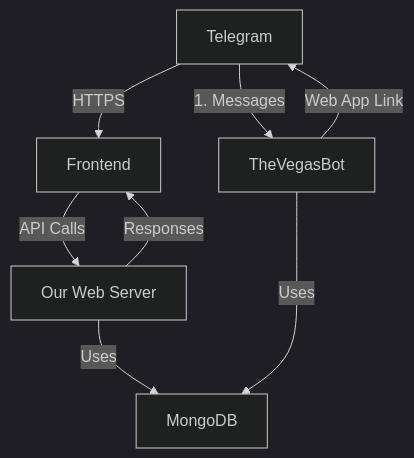
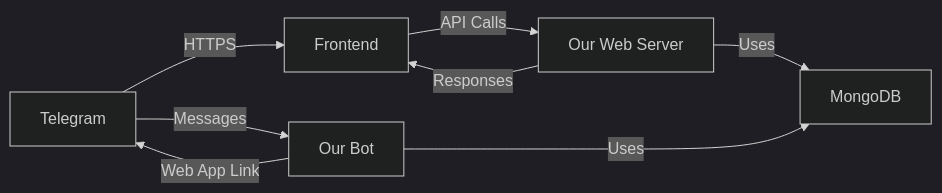
The diagram in README.md (Fardenz/telegram-mini-app), drawn with Mermaid (dark theme) before and after one commit.

````diff
--- a/README.md
+++ b/README.md
@@ -95,10 +95,10 @@
 ```mermaid
-graph TD
-    A[Telegram] -->|1. Messages| B[TheVegasBot]
+graph LR
+    A[Telegram] -->|Messages| B[Our Bot]
     B -->|Web App Link| A
     A -->|HTTPS| C[Frontend]
     C -->|API Calls| D[Our Web Server]
     D -->|Responses| C
     D -->|Uses| E[MongoDB]
     B -->|Uses| E
 ```
````
